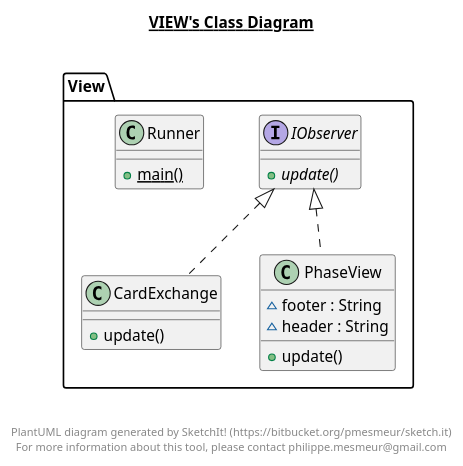
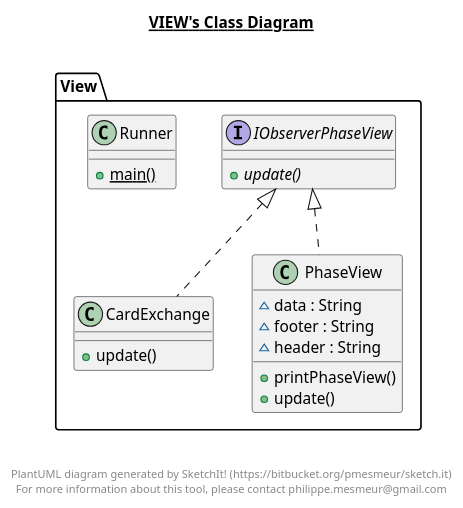
Before and after one commit to iamsherrysingh/riskGame: the diagram in src/main/java/View/View.plantuml, drawn with PlantUML. The commit also changed 9 other files, not shown here.

Commit message:
changed ISubject to ISubjectPhaseView changed IObserver to IObserverPhaseView

```diff
--- a/src/main/java/View/View.plantuml
+++ b/src/main/java/View/View.plantuml
@@ -1,46 +1,48 @@
 @startuml
 
 title __VIEW's Class Diagram__\n
 
   namespace View {
     class View.CardExchange {
         + update()
     }
   }
   
 
   namespace View {
-    interface View.IObserver {
+    interface View.IObserverPhaseView {
         {abstract} + update()
     }
   }
   
 
   namespace View {
     class View.PhaseView {
+        ~ data : String
         ~ footer : String
         ~ header : String
+        + printPhaseView()
         + update()
     }
   }
   
 
   namespace View {
     class View.Runner {
         {static} + main()
     }
   }
   
 
-  View.CardExchange .up.|> View.IObserver
-  View.PhaseView .up.|> View.IObserver
+  View.CardExchange .up.|> View.IObserverPhaseView
+  View.PhaseView .up.|> View.IObserverPhaseView
 
 
 right footer
 
 
 PlantUML diagram generated by SketchIt! (https://bitbucket.org/pmesmeur/sketch.it)
 For more information about this tool, please contact philippe.mesmeur@gmail.com
 endfooter
 
 @enduml
```
